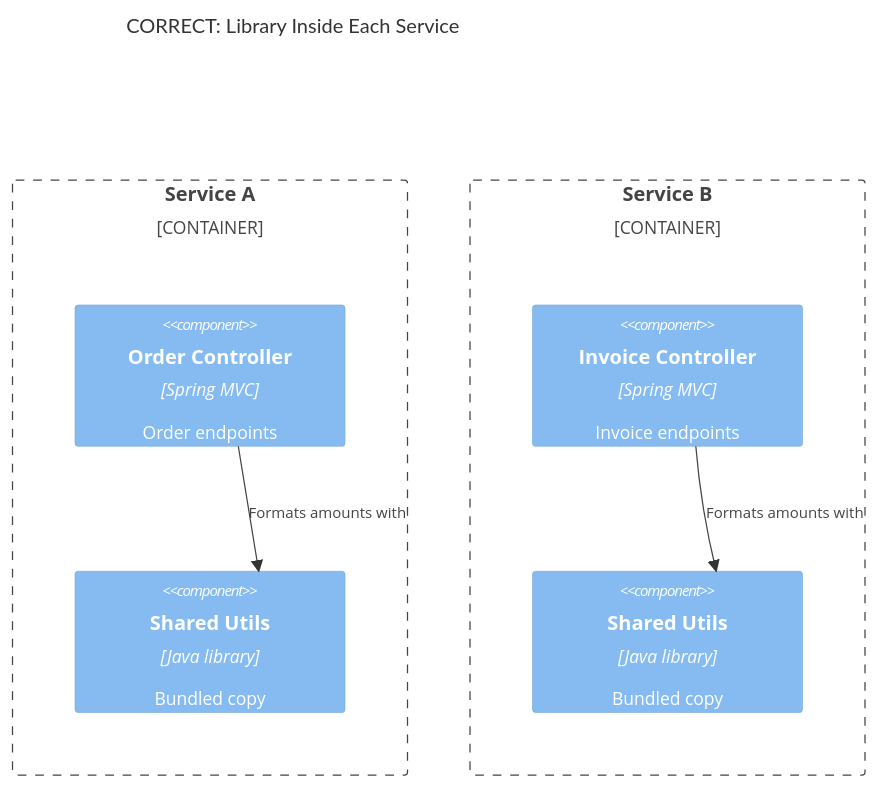
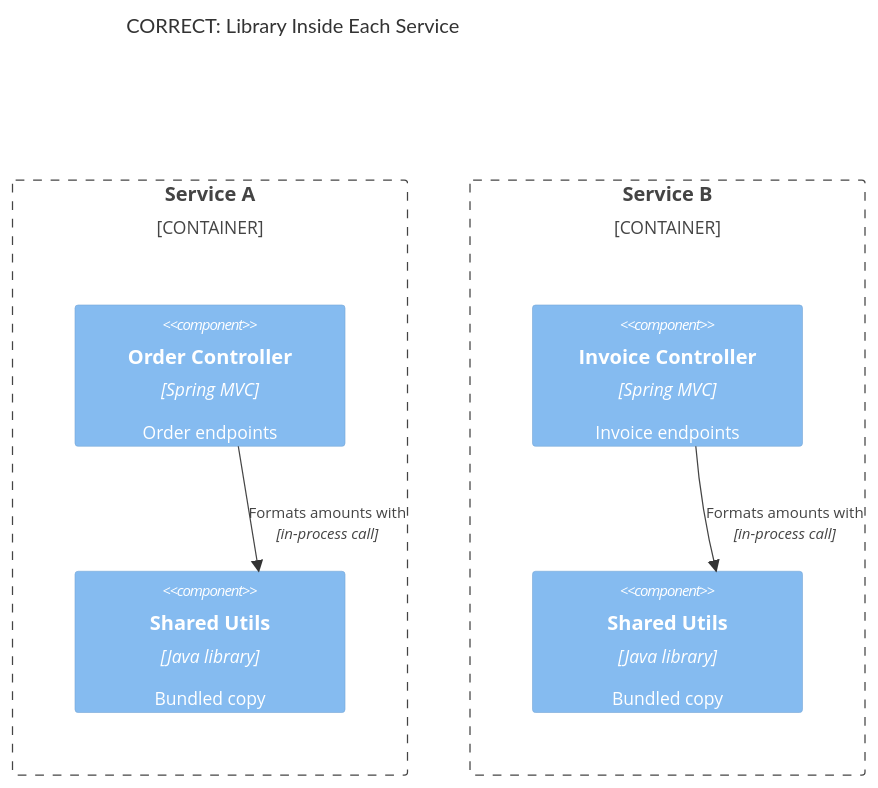
One commit to castocolina/agent-toolkit changed the fourth of 10 diagrams in skills/c4-architecture/references/common-mistakes.md. Above: the diagram before and after it, drawn with Mermaid. The commit also changed other lines of this file and 104 other files, not shown here.

````diff
--- a/skills/c4-architecture/references/common-mistakes.md
+++ b/skills/c4-architecture/references/common-mistakes.md
@@ -49,14 +49,14 @@
 ```mermaid
 C4Component
   title CORRECT: Library Inside Each Service
   Container_Boundary(serviceA, "Service A") {
     Component(controllerA, "Order Controller", "Spring MVC", "Order endpoints")
     Component(utilsA, "Shared Utils", "Java library", "Bundled copy")
   }
   Container_Boundary(serviceB, "Service B") {
     Component(controllerB, "Invoice Controller", "Spring MVC", "Invoice endpoints")
     Component(utilsB, "Shared Utils", "Java library", "Bundled copy")
   }
-  Rel(controllerA, utilsA, "Formats amounts with")
-  Rel(controllerB, utilsB, "Formats amounts with")
+  Rel(controllerA, utilsA, "Formats amounts with", "in-process call")
+  Rel(controllerB, utilsB, "Formats amounts with", "in-process call")
 ```
````
